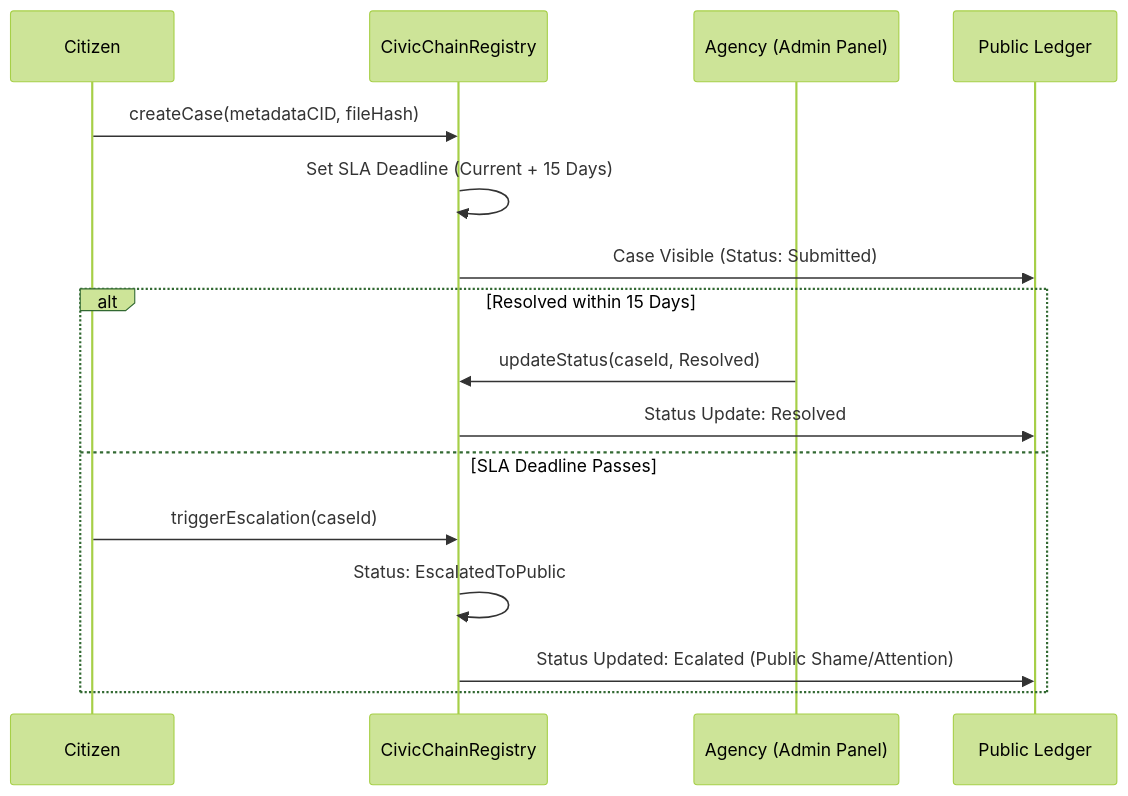
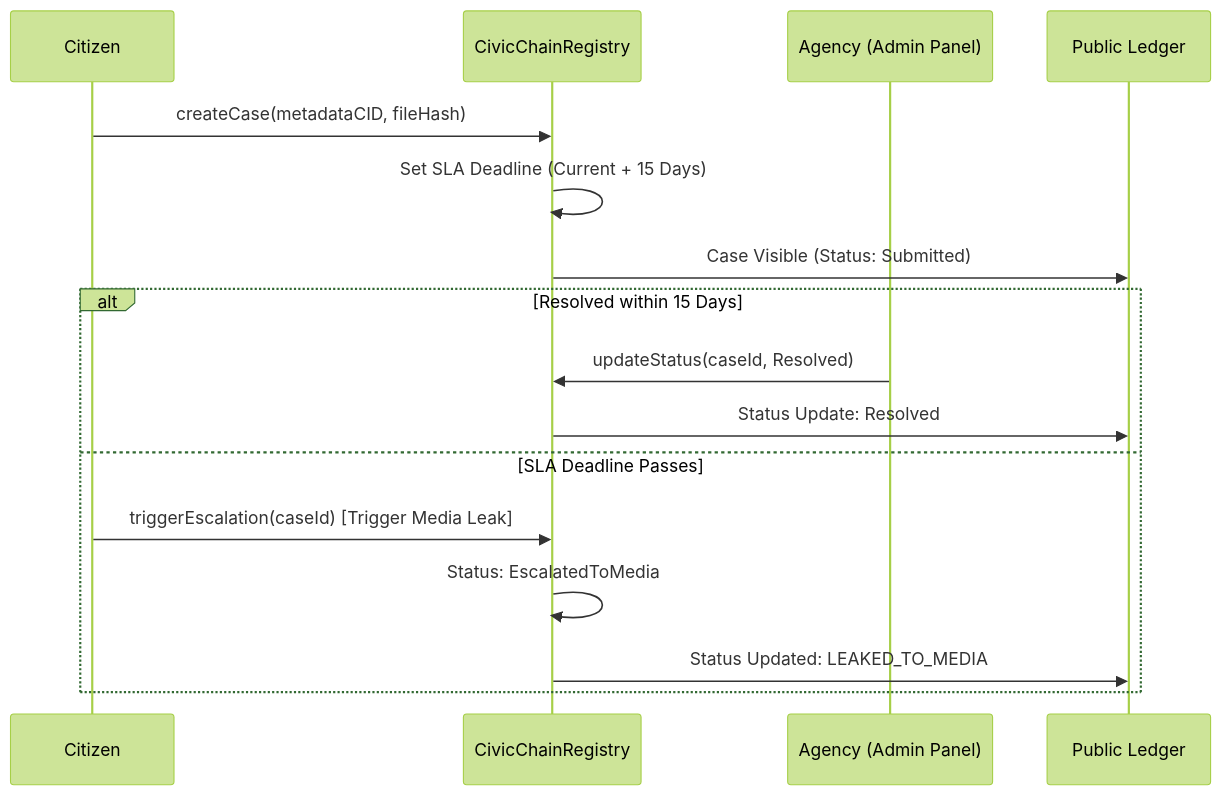
The second of 2 diagrams in ARCHITECTURE.md (02-Shubham/Mango-GHRHacks), drawn with Mermaid (forest theme) before and after one commit. The commit also changed 1 other file, not shown here.

Commit message:
achutecture update

````diff
--- a/ARCHITECTURE.md
+++ b/ARCHITECTURE.md
@@ -58,20 +58,20 @@
 ```mermaid
 sequenceDiagram
     participant C as Citizen
     participant R as CivicChainRegistry
     participant A as Agency (Admin Panel)
     participant P as Public Ledger
 
     C->>R: createCase(metadataCID, fileHash)
     R->>R: Set SLA Deadline (Current + 15 Days)
     R->>P: Case Visible (Status: Submitted)
     
     alt Resolved within 15 Days
         A->>R: updateStatus(caseId, Resolved)
         R->>P: Status Update: Resolved
     else SLA Deadline Passes
-        C->>R: triggerEscalation(caseId)
-        R->>R: Status: EscalatedToPublic
-        R->>P: Status Updated: Ecalated (Public Shame/Attention)
+        C->>R: triggerEscalation(caseId) [Trigger Media Leak]
+        R->>R: Status: EscalatedToMedia
+        R->>P: Status Updated: LEAKED_TO_MEDIA
     end
 ```
````
